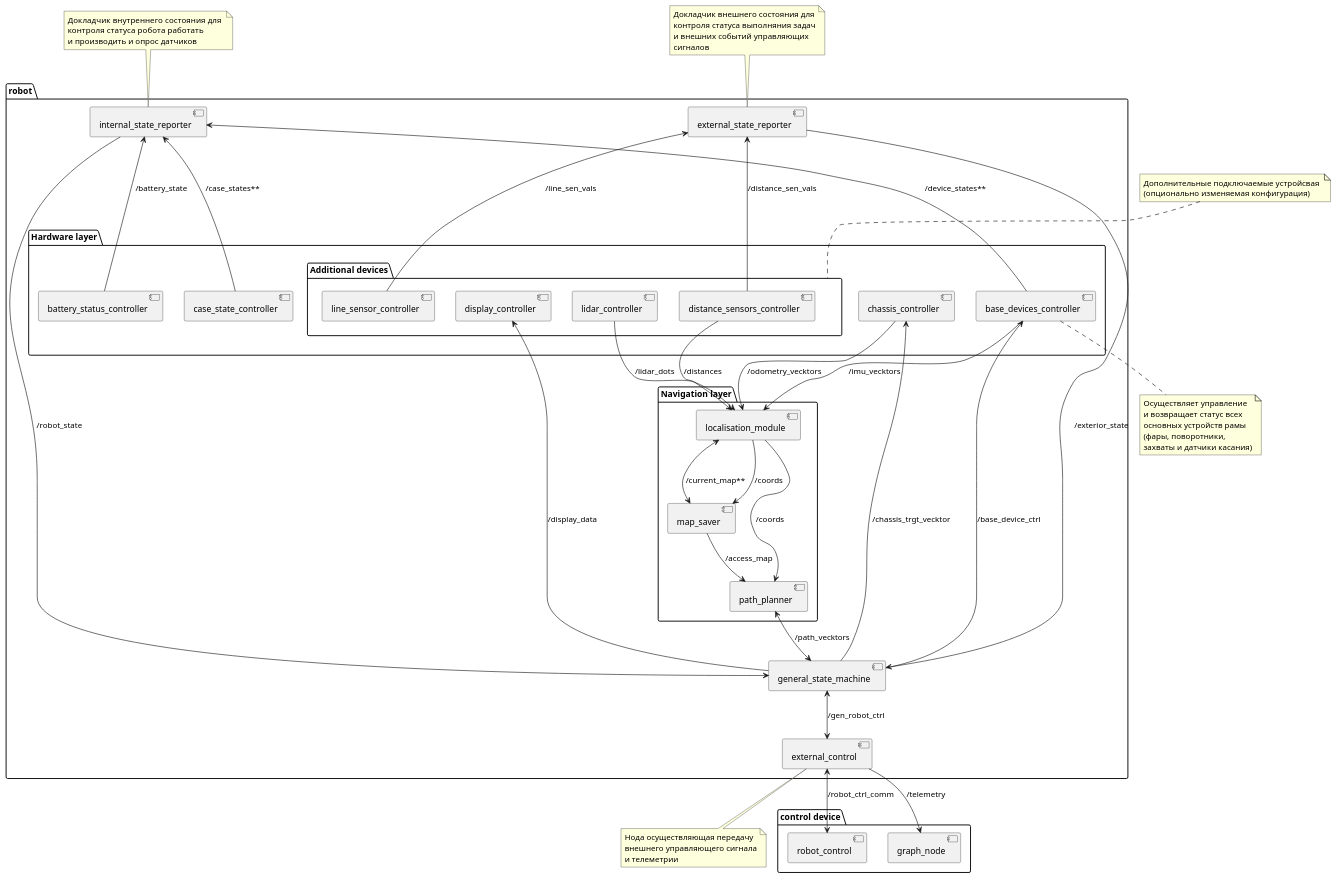
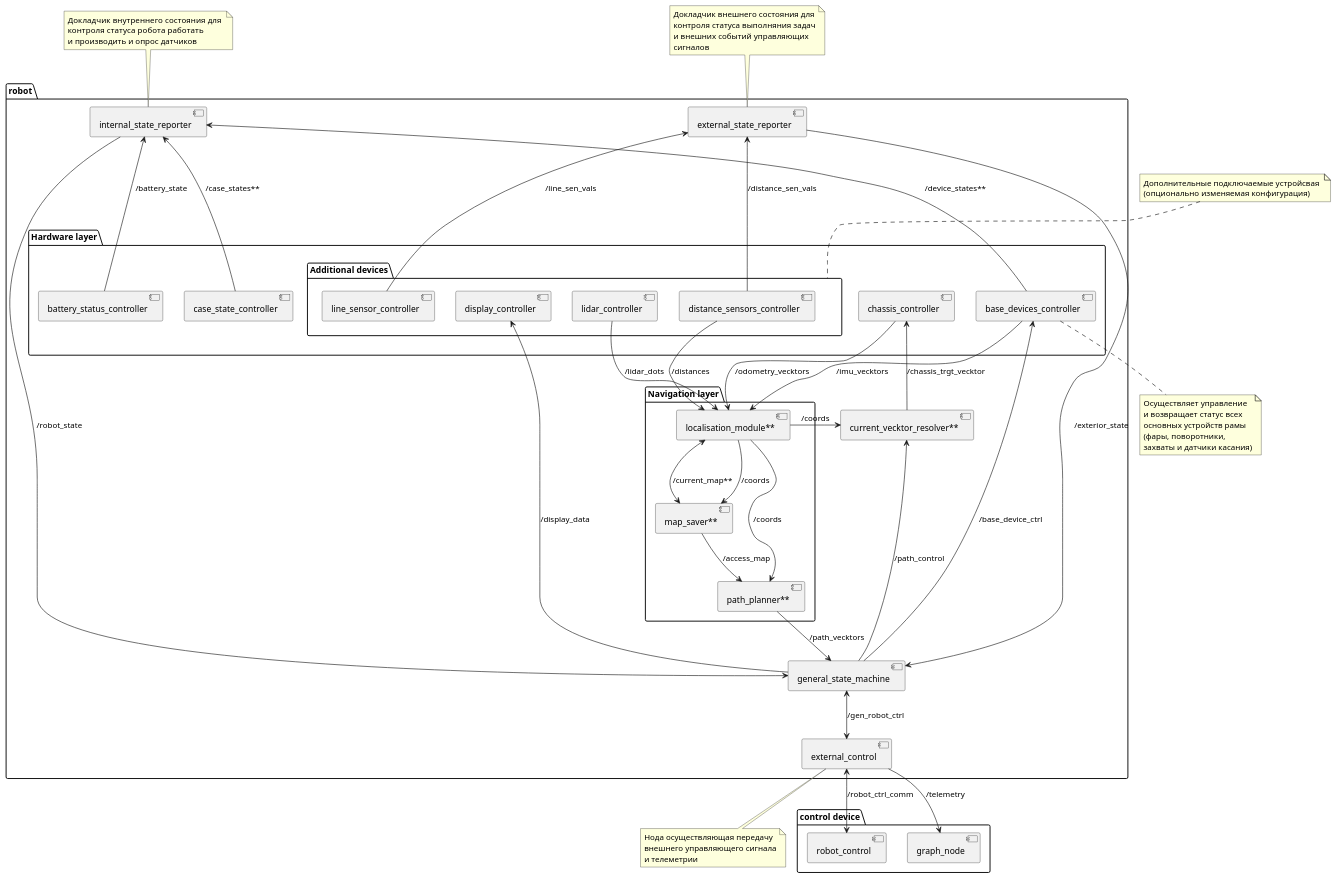
The diagram in system_architecture.puml (biskas-g5/ros2_course_project), drawn with PlantUML before and after one commit.

Commit message:
additional scheme update

```diff
--- a/system_architecture.puml
+++ b/system_architecture.puml
@@ -1,99 +1,102 @@
 @startuml
 
 package "robot"{
     package "Hardware layer"{
         [chassis_controller]
         [base_devices_controller]
         package "Additional devices"{
             [display_controller]
             [lidar_controller]
             [distance_sensors_controller]
             [line_sensor_controller]
         }
         [battery_status_controller]
         [case_state_controller]
     }
 
     package "Navigation layer"{
-        [localisation_module]
-        [map_saver]
-        [path_planner]
+        [localisation_module**]
+        [map_saver**]
+        [path_planner**]
     }
-    
+    [current_vecktor_resolver**]
     [internal_state_reporter]
     [external_state_reporter]
     [general_state_machine]
     [external_control]
 }
 
 package "control device"{
     [robot_control]
     [graph_node]
 }
 
 
 
 note bottom of base_devices_controller
     Осуществляет управление
     и возвращает статус всех
     основных устройств рамы
     (фары, поворотники, 
     захваты и датчики касания)
 end note
 
 note top of "Additional devices"
     Дополнительные подключаемые устройсвая 
     (опционально изменяемая конфигурация)
 end note
 
 note top of "internal_state_reporter"
     Докладчик внутреннего состояния  для 
     контроля статуса робота  работать 
     и производить и опрос датчиков
 end note
 
 note top of "external_state_reporter"
     Докладчик внешнего состояния для
     контроля статуса выполняния задач
     и внешних событий управляющих 
     сигналов
 end note
 
 note bottom of "external_control"
     Нода осуществляющая передачу 
     внешнего управляющего сигнала
     и телеметрии
 end note
 
 
 
 
 
-chassis_controller -down-> localisation_module: /odometry_vecktors
-base_devices_controller -down-> localisation_module: /imu_vecktors
-lidar_controller -> localisation_module: /lidar_dots
-distance_sensors_controller -> localisation_module: /distances
-localisation_module --> map_saver: /coords
-localisation_module <--> map_saver: /current_map**
-localisation_module --> path_planner: /coords
-map_saver --> path_planner: /access_map
+chassis_controller -down-> [localisation_module**]: /odometry_vecktors
+base_devices_controller -down-> [localisation_module**]: /imu_vecktors
+lidar_controller -> [localisation_module**]: /lidar_dots
+distance_sensors_controller -> [localisation_module**]: /distances
+[localisation_module**] --> [map_saver**]: /coords
+[localisation_module**] <--> [map_saver**]: /current_map**
+[localisation_module**] --> [path_planner**]: /coords
+[map_saver**] --> [path_planner**]: /access_map
 
 
-base_devices_controller -up-> internal_state_reporter: /device_states**
-case_state_controller -up--> internal_state_reporter: /case_states**
-battery_status_controller -up-> internal_state_reporter: /battery_state
+base_devices_controller -up-> [internal_state_reporter]: /device_states**
+case_state_controller -up--> [internal_state_reporter]: /case_states**
+battery_status_controller -up-> [internal_state_reporter]: /battery_state
 
-line_sensor_controller -up--> external_state_reporter: /line_sen_vals
-distance_sensors_controller -up-> external_state_reporter: /distance_sen_vals
+line_sensor_controller -up--> [external_state_reporter]: /line_sen_vals
+distance_sensors_controller -up-> [external_state_reporter]: /distance_sen_vals
 
-path_planner <--> general_state_machine: /path_vecktors
-general_state_machine <-up- internal_state_reporter: /robot_state
-general_state_machine <-up- external_state_reporter: /exterior_state
-general_state_machine <-down-> external_control: /gen_robot_ctrl
-general_state_machine -up-> chassis_controller: /chassis_trgt_vecktor
+[path_planner**] --> [general_state_machine]: /path_vecktors
+general_state_machine <-up- [internal_state_reporter]: /robot_state
+general_state_machine <-up- [external_state_reporter]: /exterior_state
+general_state_machine <-down-> [external_control]: /gen_robot_ctrl
+general_state_machine -up-> [current_vecktor_resolver**]: /path_control
+[localisation_module**] -right-> [current_vecktor_resolver**]: /coords
+[current_vecktor_resolver**] -up-> [chassis_controller]: /chassis_trgt_vecktor
+
 display_controller <- general_state_machine: /display_data
 general_state_machine -up-> base_devices_controller: /base_device_ctrl
 
 external_control <-down-> robot_control: /robot_ctrl_comm
 external_control -down-> graph_node: /telemetry
 @enduml
```
